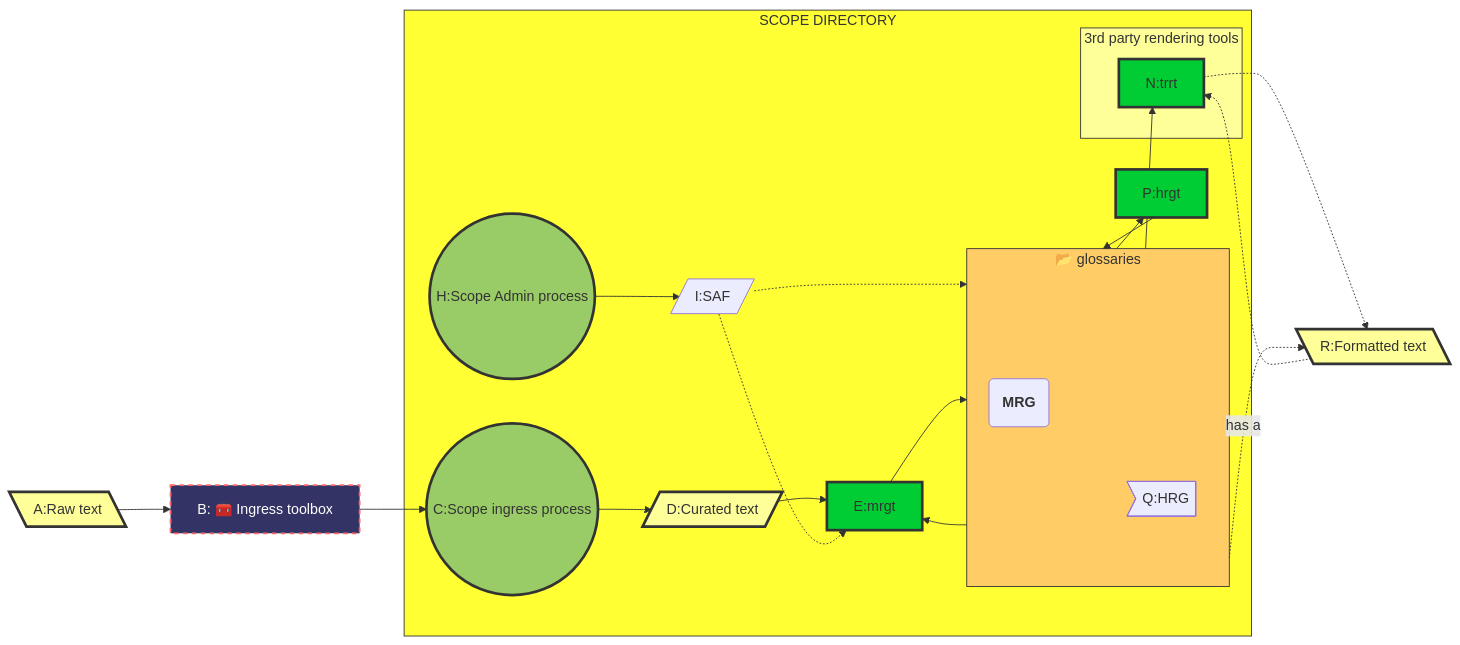
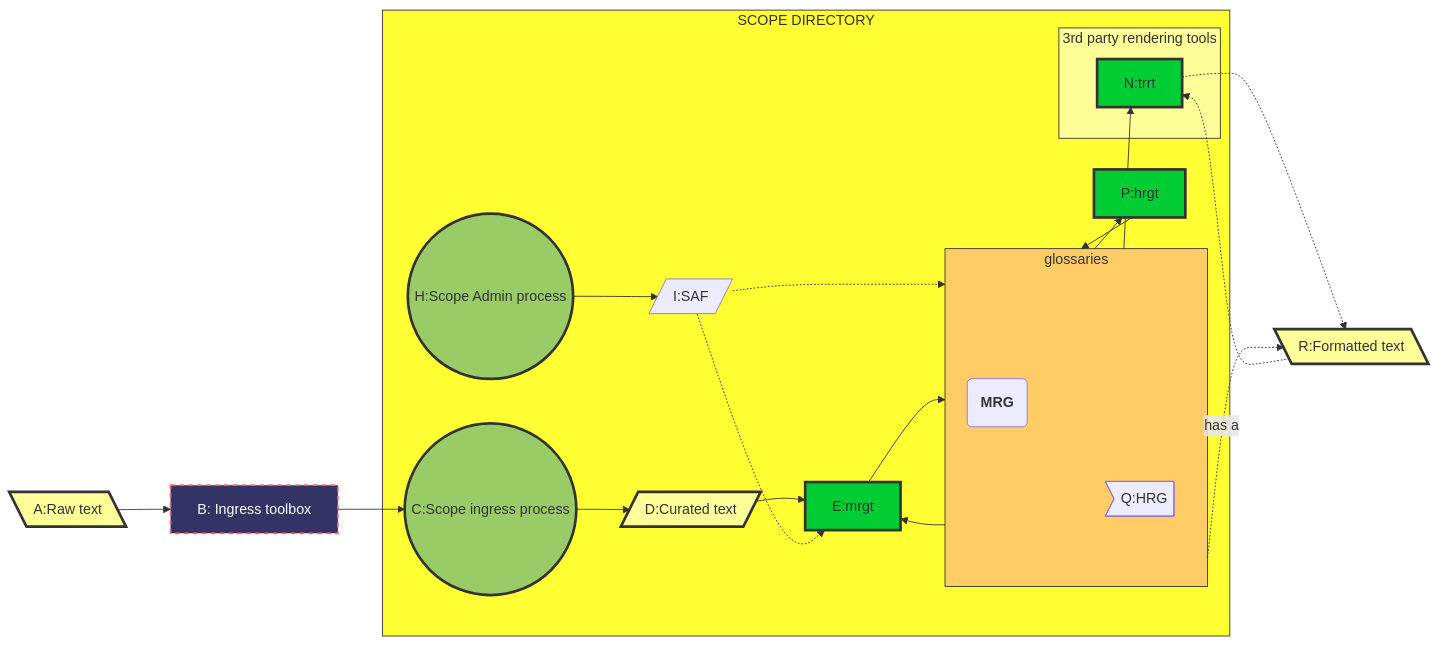
Before and after one commit to trustoverip/ctwg-terminology-governance-guide: diagram 16 of 18 in spec/integration.md, drawn with Mermaid. The commit also changed other lines of this file and 1 other file, not shown here.

Commit message:
debugging Mermaid 8.8.0

````diff
--- a/spec/integration.md
+++ b/spec/integration.md
@@ -120,41 +419,41 @@
 ```mermaid
 flowchart LR
     subgraph one [SCOPE DIRECTORY]
-    H((H:Scope Admin process)):::armyGreenFill--> I[/I:SAF/]
+    H((H:Scope Admin process)):::armyGreenFill --> I[/I:SAF/]
     %% X ~~~~ H
     C --> D[/D:Curated text/]:::lightYellowFill
     I -.-> two
-    subgraph two[📂 glossaries]
+    subgraph two[glossaries]
         M("`**MRG**`")
         Q>Q:HRG]
     end
     subgraph seven[3rd party rendering tools]
         N[N:trrt]:::medGreenFill
     end
     two --> E
     D --> E[E:mrgt]:::medGreenFill
     I -.-> E
     P[P:hrgt]:::medGreenFill
     E --> two
     two --> P
     P --> two
     two --> N
     two --> Q
- end
+    end
     two -.-> |has a| R[\R:Formatted text\]:::lightYellowFill
     R -.-> N
     N -.-> R
-    A[\A:Raw text\]:::lightYellowFill --> B[B: 🧰 Ingress toolbox]
+    A[\A:Raw text\]:::lightYellowFill --> B[B: Ingress toolbox]
     B --> C((C:Scope ingress process)):::armyGreenFill
 classDef lightYellowFill fill:#ff9,stroke:#333,stroke-width:3px
 classDef medGreenFill fill:#0c3,stroke:#333,stroke-width:3px
 classDef armyGreenFill fill:#9c6,stroke:#333,stroke-width:3px
 style B fill:#336,stroke:#f66,stroke-width:2px,color:#fff,stroke-dasharray: 5 5
 style one fill:#ff3,stroke:#333,stroke-width:1px
 style two fill:#fc6,stroke:#333,stroke-width:1px
 style seven fill:#ff9,stroke:#333,stroke-width:1px
 click J href "https://tno-terminology-design.github.io/tev2-specifications/docs/specs/tools/mrg-import" "Open this in a new tab" _blank
 click E href "https://tno-terminology-design.github.io/tev2-specifications/docs/specs/tools/mrgt" "Open this in a new tab" _blank
 click P href "https://tno-terminology-design.github.io/tev2-specifications/docs/specs/tools/hrgt" "Open this in a new tab" _blank
 click N href "https://tno-terminology-design.github.io/tev2-specifications/docs/specs/tools/trrt" "Open this in a new tab" _blank
 ```
````
